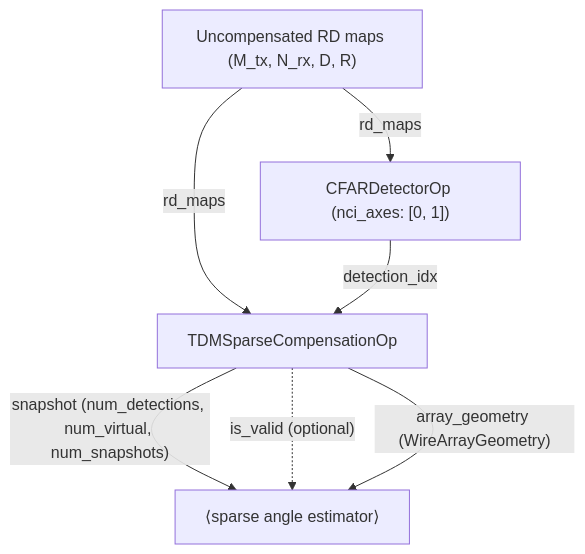
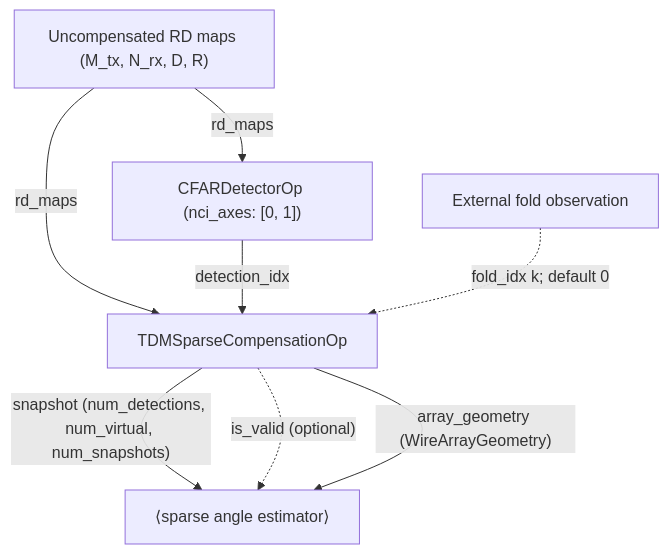
Before and after one commit to nvidia-holoscan/holoscan-radar: the seventh of 9 diagrams in docs/planning/WORKFLOWS.md, drawn with Mermaid. The commit also changed other lines of this file and 13 other files, not shown here.

Commit message:
Operators: Add sparse TDM fold correction

````diff
--- a/docs/planning/WORKFLOWS.md
+++ b/docs/planning/WORKFLOWS.md
@@ -229,9 +229,10 @@
 ```mermaid
 flowchart TD
   DOPP["Uncompensated RD maps (M_tx, N_rx, D, R)"] -->|"rd_maps"| CFAR["CFARDetectorOp (nci_axes: [0, 1])"]
   DOPP -->|"rd_maps"| SPARSE["TDMSparseCompensationOp"]
   CFAR -->|"detection_idx"| SPARSE
+  FOLD_SOURCE["External fold observation"] -.->|"fold_idx k; default 0"| SPARSE
   SPARSE -->|"snapshot (num_detections, num_virtual, num_snapshots)"| EST["⟨sparse angle estimator⟩"]
   SPARSE -.->|"is_valid (optional)"| EST
   SPARSE -->|"array_geometry (WireArrayGeometry)"| EST
 ```
````
